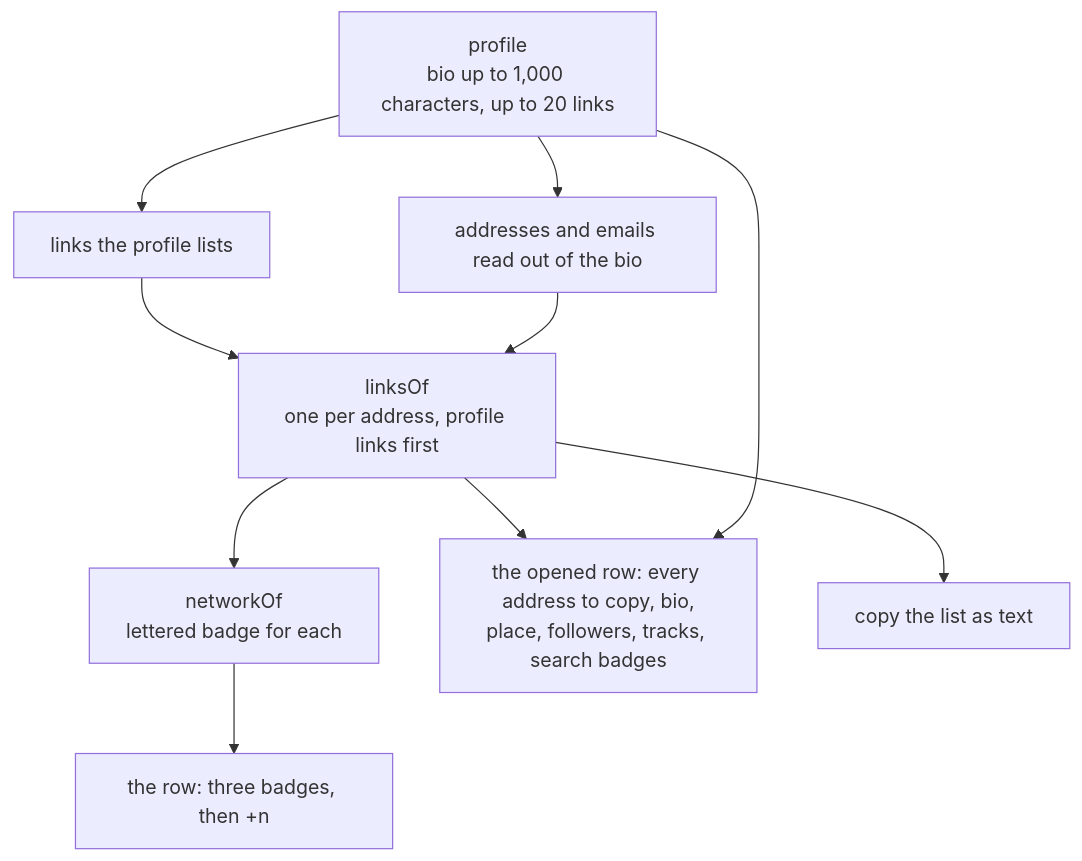
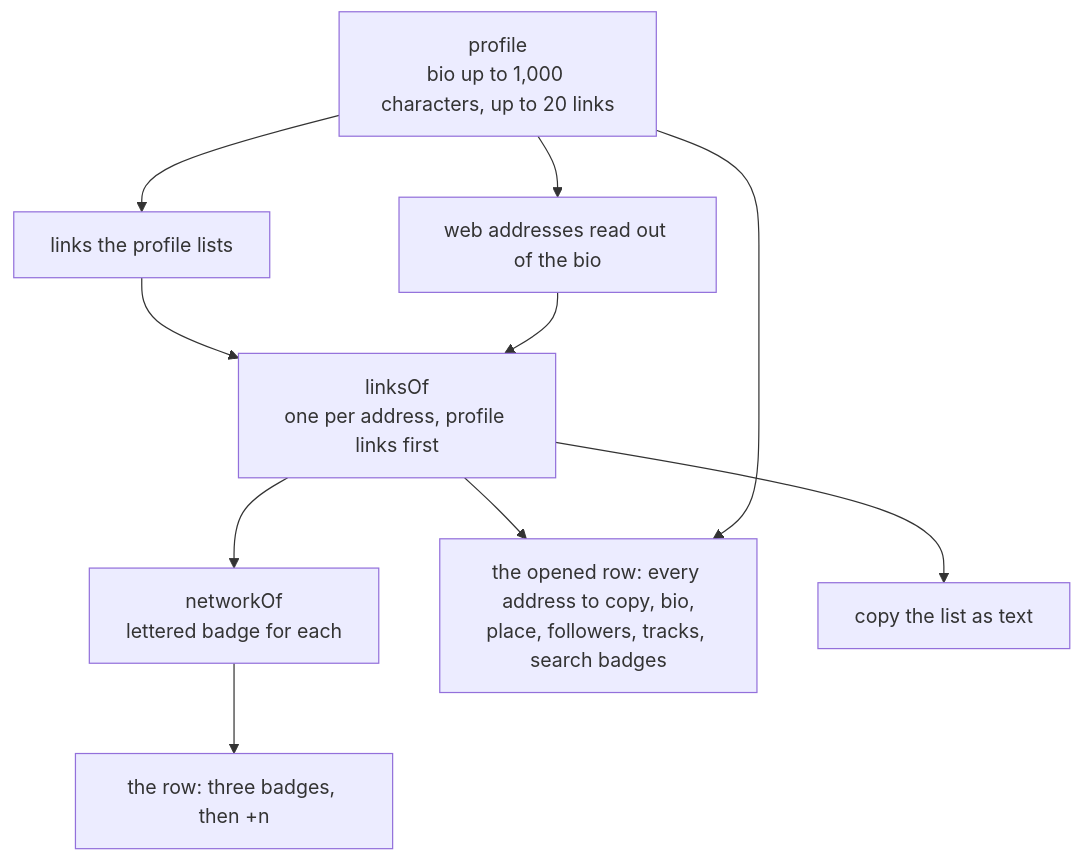
Before and after one commit to cutenode/localnetwork: the third of 7 diagrams in apps/localtoolbox/docs/diagrams/artists-and-queue.md, drawn with Mermaid. The commit also changed other lines of this file and 65 other files, not shown here.

````diff
--- a/apps/localtoolbox/docs/diagrams/artists-and-queue.md
+++ b/apps/localtoolbox/docs/diagrams/artists-and-queue.md
@@ -68,21 +71,21 @@
 ```mermaid
 flowchart TD
   Profile["profile<br/>bio up to 1,000 characters, up to 20 links"]
   Listed["links the profile lists"]
-  Bio["addresses and emails read out of the bio"]
+  Bio["web addresses read out of the bio"]
   Links["linksOf<br/>one per address, profile links first"]
   Network["networkOf<br/>lettered badge for each"]
   Row["the row: three badges, then +n"]
   Opened["the opened row: every address to copy, bio,<br/>place, followers, tracks, search badges"]
   Copy["copy the list as text"]
 
   Profile --> Listed
   Profile --> Bio
   Listed --> Links
   Bio --> Links
   Links --> Network
   Network --> Row
   Links --> Opened
   Profile --> Opened
   Links --> Copy
 ```
````
